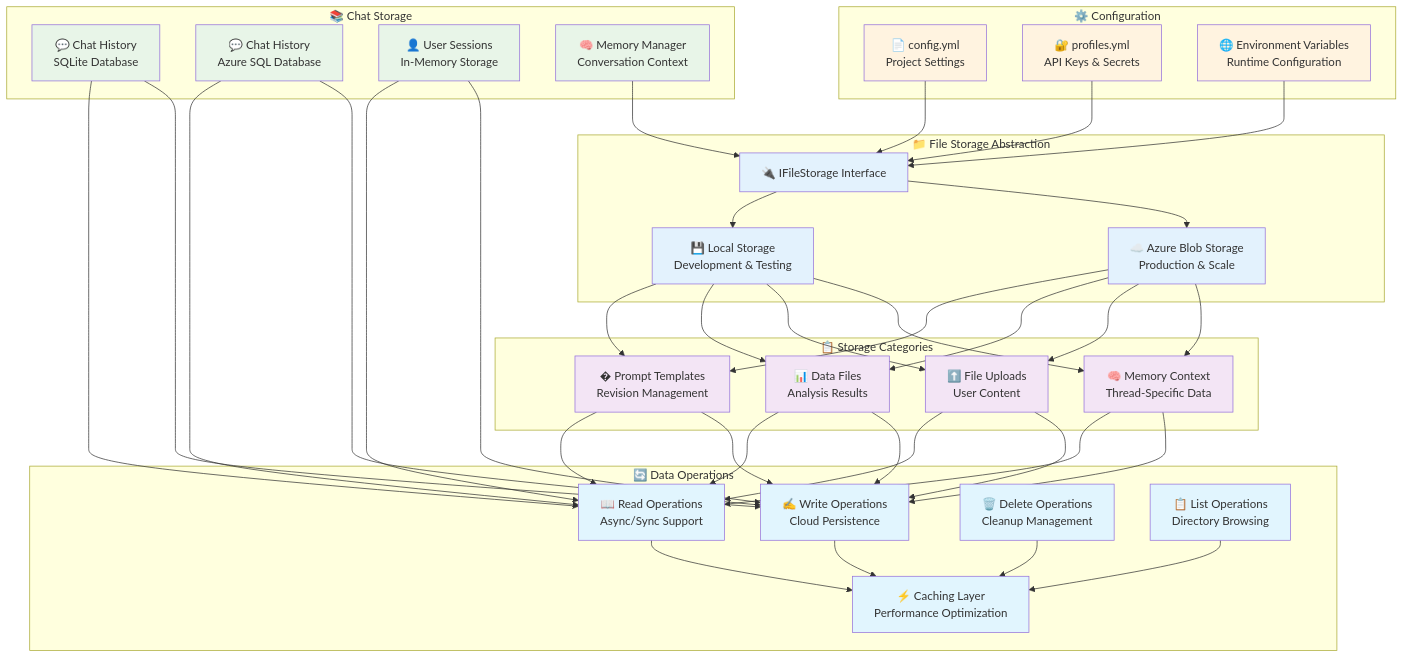
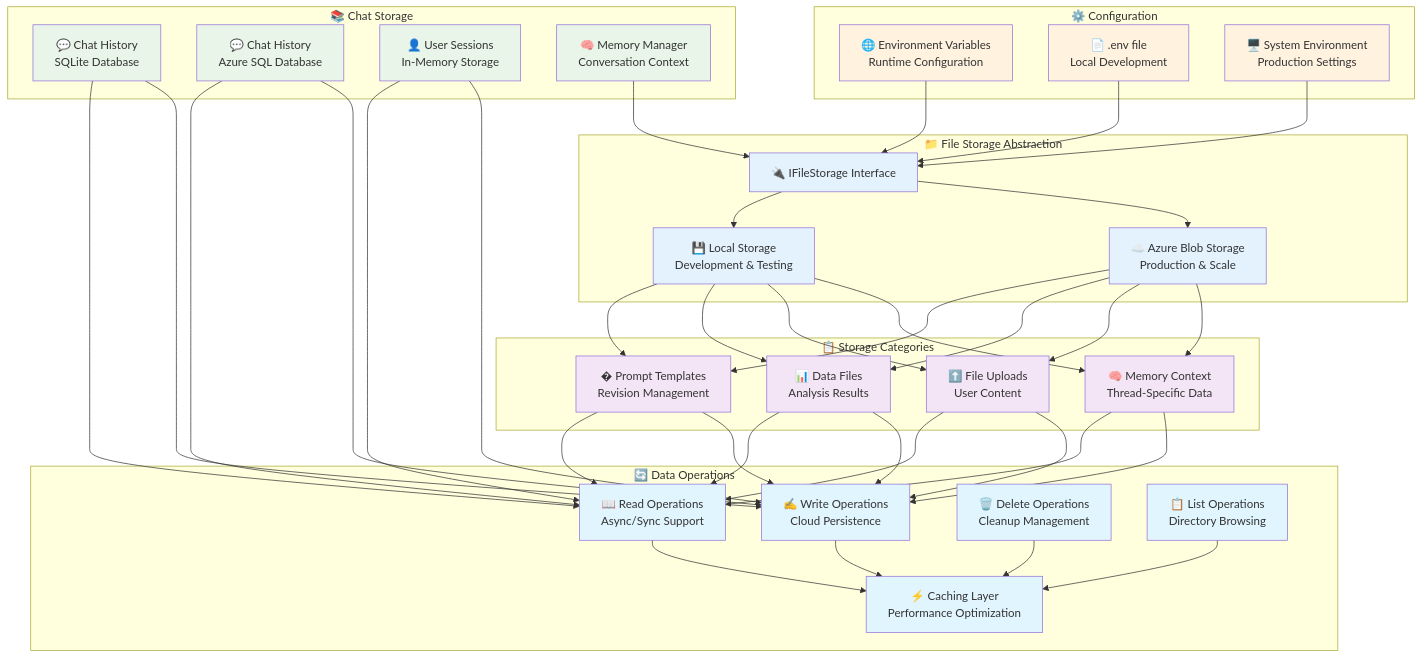
One commit to the-ingenious-dark-knight/Insight_Ingenious changed the fifth of 13 diagrams in docs/architecture/README.md. Above: the diagram before and after it, drawn with Mermaid. The commit also changed other lines of this file and 3 other files, not shown here.

````diff
--- a/docs/architecture/README.md
+++ b/docs/architecture/README.md
@@ -204,9 +204,9 @@
 ```mermaid
 graph TB
     subgraph "⚙️ Configuration"
-        CONFIG_YML[📄 config.yml<br/>Project Settings]
-        PROFILES_YML[🔐 profiles.yml<br/>API Keys & Secrets]
         ENV_VARS[🌐 Environment Variables<br/>Runtime Configuration]
+        ENV_FILE[📄 .env file<br/>Local Development]
+        SYSTEM_ENV[🖥️ System Environment<br/>Production Settings]
     end
 
     subgraph "📚 Chat Storage"
@@ -237,9 +237,9 @@
         CACHE[⚡ Caching Layer<br/>Performance Optimization]
     end
 
-    CONFIG_YML --> STORAGE_INTERFACE
-    PROFILES_YML --> STORAGE_INTERFACE
     ENV_VARS --> STORAGE_INTERFACE
+    ENV_FILE --> STORAGE_INTERFACE
+    SYSTEM_ENV --> STORAGE_INTERFACE
 
     STORAGE_INTERFACE --> LOCAL_STORAGE
     STORAGE_INTERFACE --> AZURE_BLOB
@@ -282,7 +282,7 @@
     classDef categories fill:#f3e5f5
     classDef operations fill:#e1f5fe
 
-    class CONFIG_YML,PROFILES_YML,ENV_VARS config
+    class ENV_VARS,ENV_FILE,SYSTEM_ENV config
     class HISTORY_SQLITE,HISTORY_AZURE,SESSIONS,MEMORY_MGR chat
     class STORAGE_INTERFACE,LOCAL_STORAGE,AZURE_BLOB storage
     class PROMPTS,DATA_FILES,UPLOADS,MEMORY_FILES categories
````
